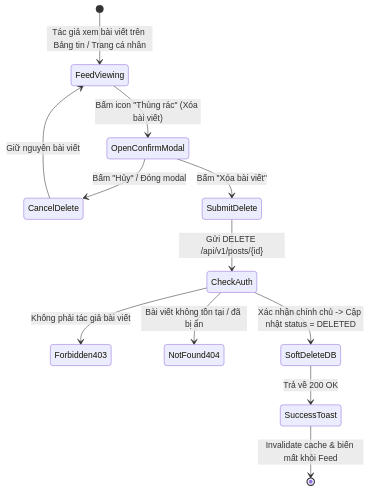
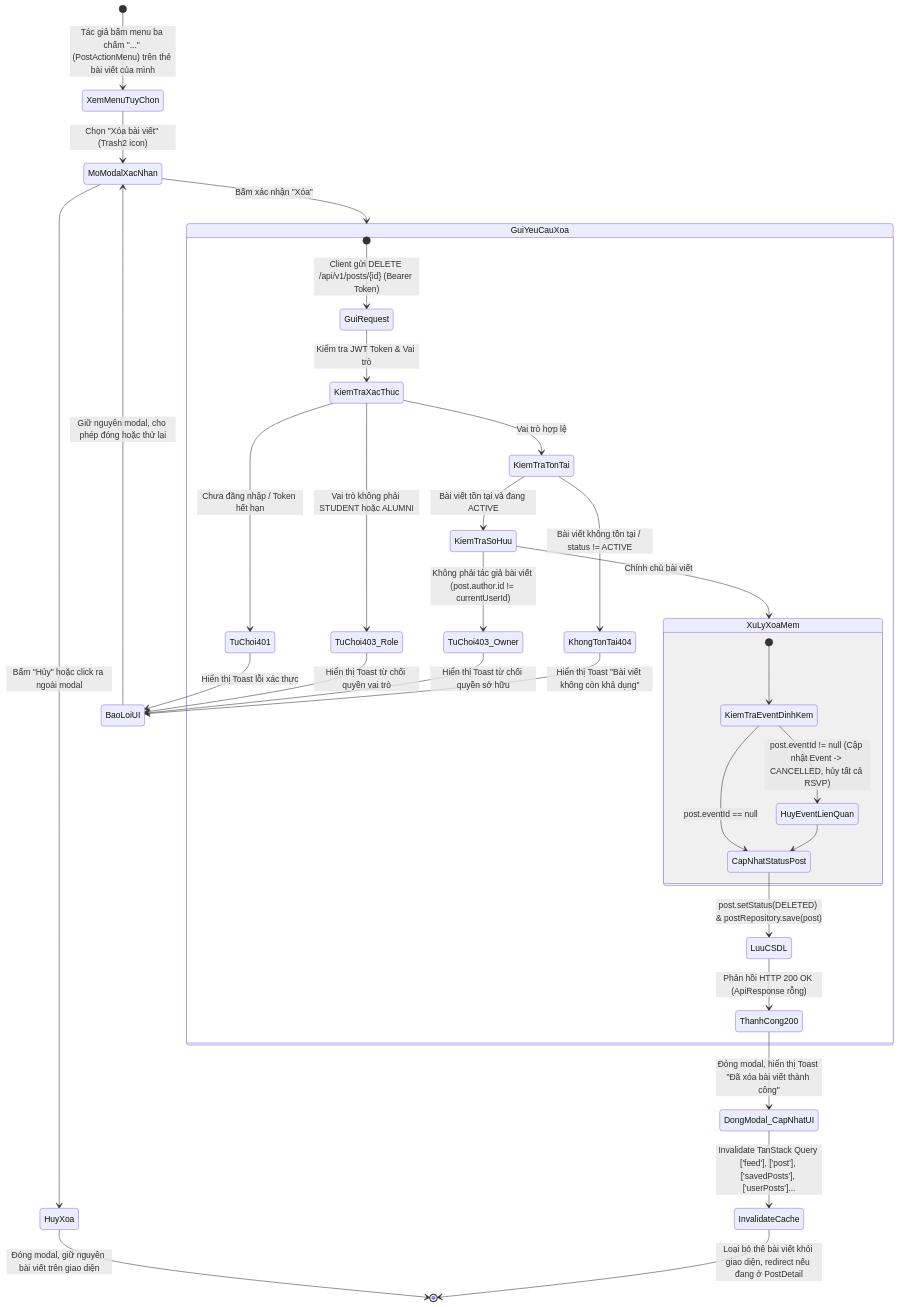
Before and after one commit to Alumnect/Alumnect: the first of 3 diagrams in docs/update_SRS/SRS_UC_23_DeletePost.md, drawn with Mermaid. The commit also changed other lines of this file and 1 other file, not shown here.

Commit message:
docs: standardize SRS for UC23 Delete Post and UC27 Cancel Event

````diff
--- a/docs/update_SRS/SRS_UC_23_DeletePost.md
+++ b/docs/update_SRS/SRS_UC_23_DeletePost.md
@@ -7,14 +7,45 @@
 ```mermaid
 stateDiagram-v2
-    [*] --> FeedViewing : Tác giả xem bài viết trên Bảng tin / Trang cá nhân
-    FeedViewing --> OpenConfirmModal : Bấm icon "Thùng rác" (Xóa bài viết)
-    OpenConfirmModal --> CancelDelete : Bấm "Hủy" / Đóng modal
-    CancelDelete --> FeedViewing : Giữ nguyên bài viết
-    OpenConfirmModal --> SubmitDelete : Bấm "Xóa bài viết"
-    SubmitDelete --> CheckAuth : Gửi DELETE /api/v1/posts/{id}
-    CheckAuth --> Forbidden403 : Không phải tác giả bài viết
-    CheckAuth --> NotFound404 : Bài viết không tồn tại / đã bị ẩn
-    CheckAuth --> SoftDeleteDB : Xác nhận chính chủ -> Cập nhật status = DELETED
-    SoftDeleteDB --> SuccessToast : Trả về 200 OK
-    SuccessToast --> [*] : Invalidate cache & biến mất khỏi Feed
+    [*] --> XemMenuTuyChon : Tác giả bấm menu ba chấm "..." (PostActionMenu) trên thẻ bài viết của mình
+    XemMenuTuyChon --> MoModalXacNhan : Chọn "Xóa bài viết" (Trash2 icon)
+    
+    MoModalXacNhan --> HuyXoa : Bấm "Hủy" hoặc click ra ngoài modal
+    HuyXoa --> [*] : Đóng modal, giữ nguyên bài viết trên giao diện
+
+    MoModalXacNhan --> GuiYeuCauXoa : Bấm xác nhận "Xóa"
+    
+    state GuiYeuCauXoa {
+        [*] --> GuiRequest : Client gửi DELETE /api/v1/posts/{id} (Bearer Token)
+        GuiRequest --> KiemTraXacThuc : Kiểm tra JWT Token & Vai trò
+        
+        KiemTraXacThuc --> TuChoi401 : Chưa đăng nhập / Token hết hạn
+        KiemTraXacThuc --> TuChoi403_Role : Vai trò không phải STUDENT hoặc ALUMNI
+        KiemTraXacThuc --> KiemTraTonTai : Vai trò hợp lệ
+        
+        KiemTraTonTai --> KhongTonTai404 : Bài viết không tồn tại / status != ACTIVE
+        KiemTraTonTai --> KiemTraSoHuu : Bài viết tồn tại và đang ACTIVE
+        
+        KiemTraSoHuu --> TuChoi403_Owner : Không phải tác giả bài viết (post.author.id != currentUserId)
+        KiemTraSoHuu --> XuLyXoaMem : Chính chủ bài viết
+        
+        state XuLyXoaMem {
+            [*] --> KiemTraEventDinhKem
+            KiemTraEventDinhKem --> HuyEventLienQuan : post.eventId != null (Cập nhật Event -> CANCELLED, hủy tất cả RSVP)
+            KiemTraEventDinhKem --> CapNhatStatusPost : post.eventId == null
+            HuyEventLienQuan --> CapNhatStatusPost
+            CapNhatStatusPost --> LuuCSDL : post.setStatus(DELETED) & postRepository.save(post)
+        }
+        
+        LuuCSDL --> ThanhCong200 : Phản hồi HTTP 200 OK (ApiResponse rỗng)
+    }
+
+    ThanhCong200 --> DongModal_CapNhatUI : Đóng modal, hiển thị Toast "Đã xóa bài viết thành công"
+    DongModal_CapNhatUI --> InvalidateCache : Invalidate TanStack Query ['feed'], ['post'], ['savedPosts'], ['userPosts']...
+    InvalidateCache --> [*] : Loại bỏ thẻ bài viết khỏi giao diện, redirect nếu đang ở PostDetail
+    
+    TuChoi401 --> BaoLoiUI : Hiển thị Toast lỗi xác thực
+    TuChoi403_Role --> BaoLoiUI : Hiển thị Toast từ chối quyền vai trò
+    TuChoi403_Owner --> BaoLoiUI : Hiển thị Toast từ chối quyền sở hữu
+    KhongTonTai404 --> BaoLoiUI : Hiển thị Toast "Bài viết không còn khả dụng"
+    BaoLoiUI --> MoModalXacNhan : Giữ nguyên modal, cho phép đóng hoặc thử lại
 ```
````
